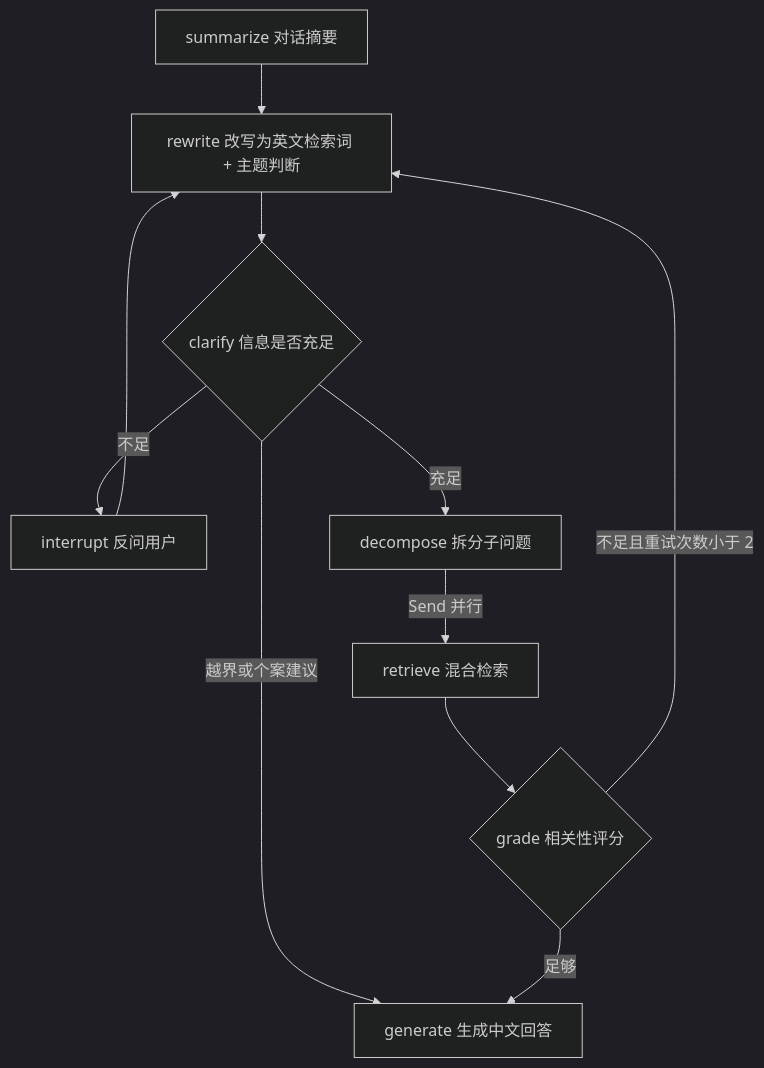
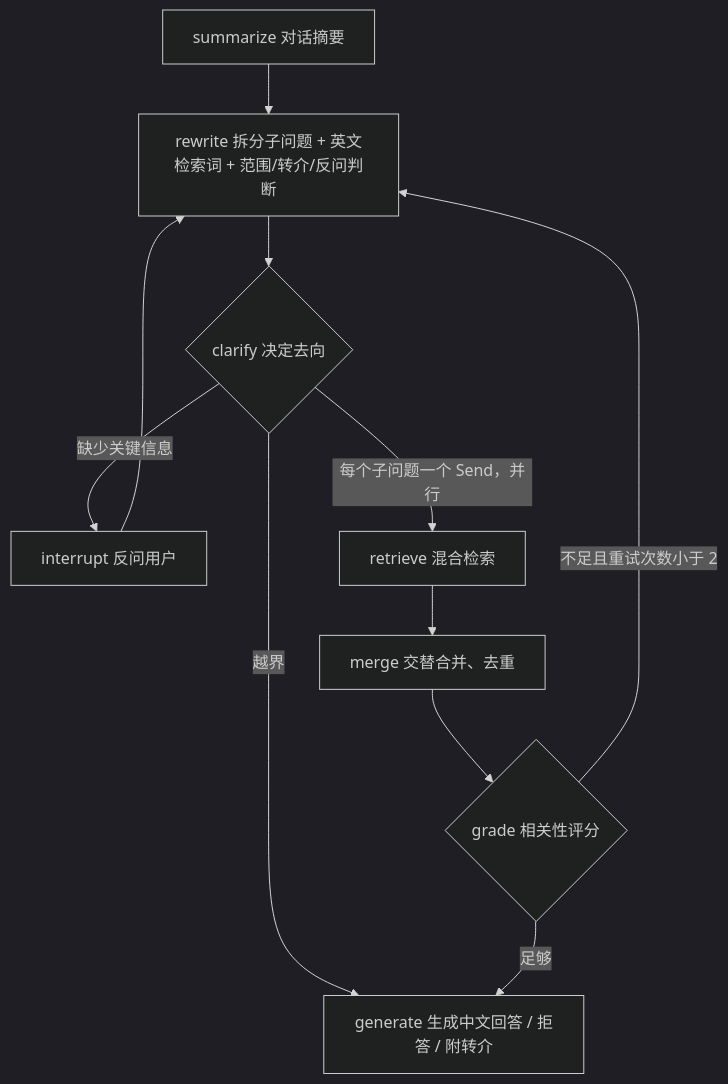
The second of 2 diagrams in docs/design.md (sxy4556-ai/kiwiguide), drawn with Mermaid (dark theme) before and after one commit. The commit also changed other lines of this file, not shown here.

Commit message:
docs: 设计文档更新 Agent 流程图和状态字段

````diff
--- a/docs/design.md
+++ b/docs/design.md
@@ -55,12 +55,12 @@
 ```mermaid
 flowchart TD
-    S[summarize 对话摘要] --> R[rewrite 改写为英文检索词 + 主题判断]
-    R --> C{clarify 信息是否充足}
-    C -- 不足 --> I[interrupt 反问用户] --> R
-    C -- 越界或个案建议 --> G
-    C -- 充足 --> D[decompose 拆分子问题]
-    D -->|Send 并行| RT[retrieve 混合检索]
-    RT --> GR{grade 相关性评分}
+    S[summarize 对话摘要] --> R[rewrite 拆分子问题 + 英文检索词 + 范围/转介/反问判断]
+    R --> C{clarify 决定去向}
+    C -- 缺少关键信息 --> I[interrupt 反问用户] --> R
+    C -- 越界 --> G
+    C -->|每个子问题一个 Send，并行| RT[retrieve 混合检索]
+    RT --> M[merge 交替合并、去重]
+    M --> GR{grade 相关性评分}
     GR -- 不足且重试次数小于 2 --> R
-    GR -- 足够 --> G[generate 生成中文回答]
+    GR -- 足够 --> G[generate 生成中文回答 / 拒答 / 附转介]
 ```
````
